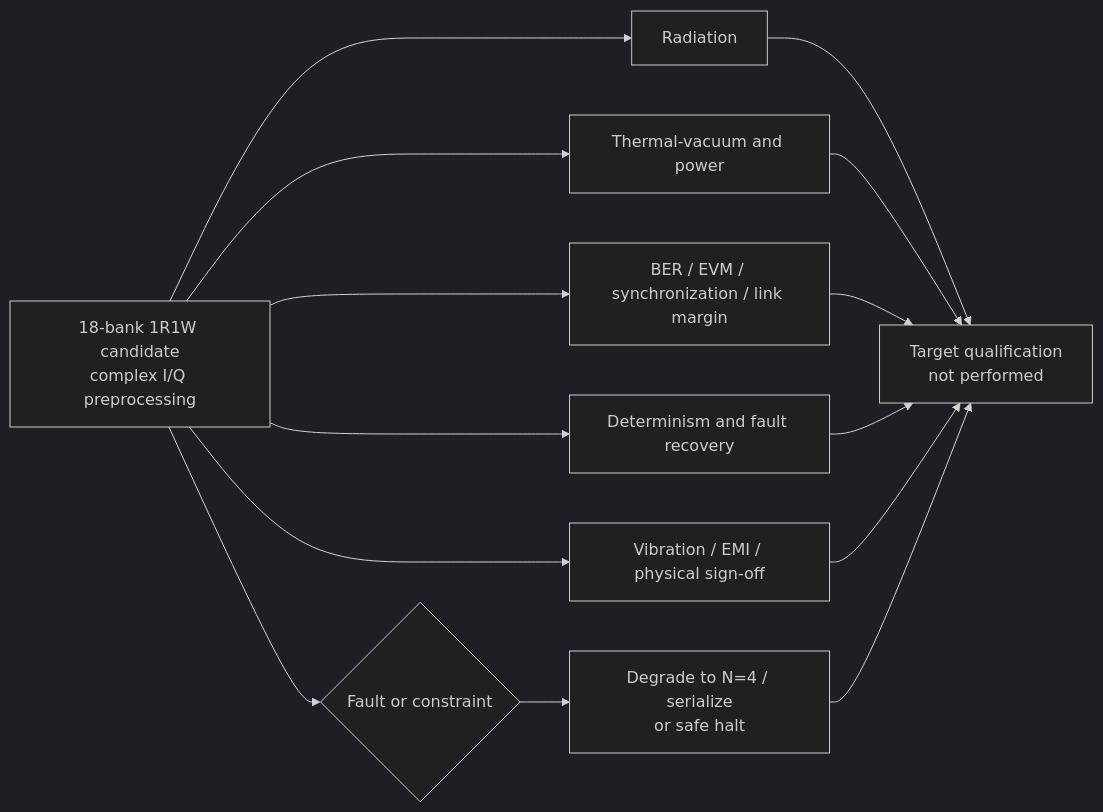
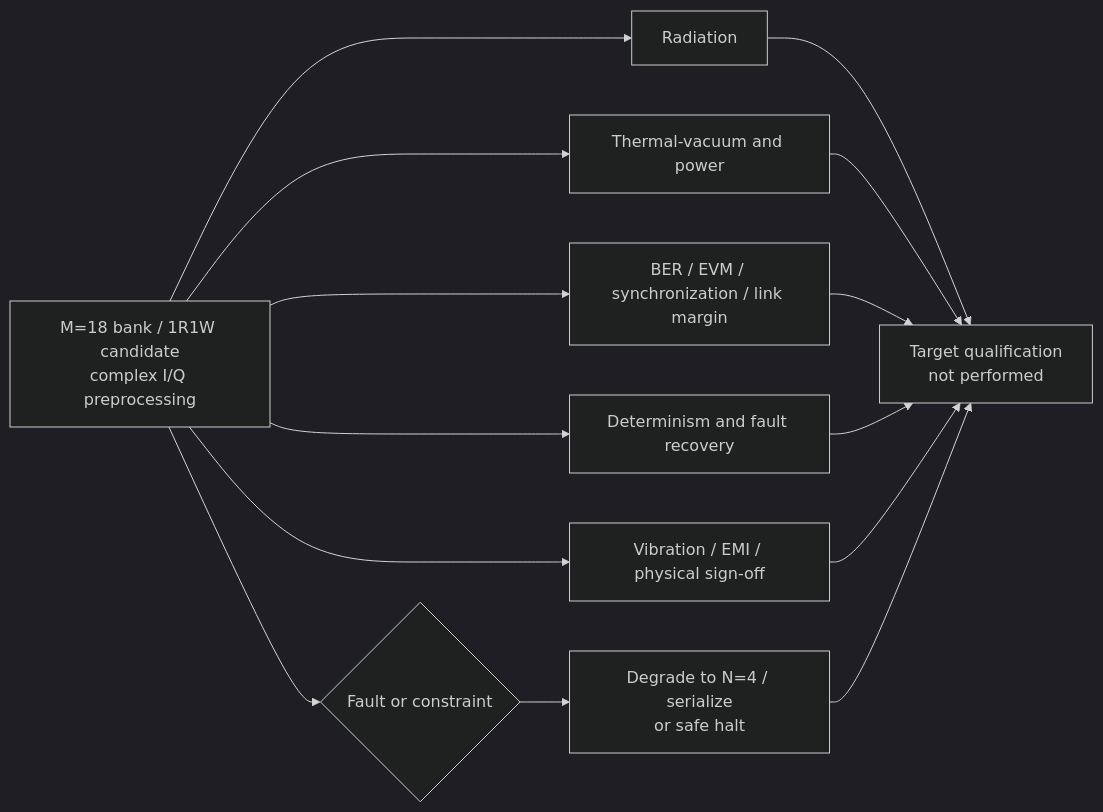
Before and after one commit to HN19781124/banked-stencil-multicast: the second of 2 diagrams in README.en.md, drawn with Mermaid (dark theme). The commit also changed other lines of this file and 36 other files, not shown here.

```diff
--- a/README.en.md
+++ b/README.en.md
@@ -76,16 +76,16 @@
 ~~~mermaid
 flowchart LR
-    C[18-bank 1R1W candidate<br/>complex I/Q preprocessing] --> R[Radiation]
+    C[M=18 bank / 1R1W candidate<br/>complex I/Q preprocessing] --> R[Radiation]
     C --> T[Thermal-vacuum and power]
     C --> L[BER / EVM / synchronization / link margin]
     C --> D[Determinism and fault recovery]
     C --> P[Vibration / EMI / physical sign-off]
     C --> F{Fault or constraint}
     F --> B[Degrade to N=4 / serialize<br/>or safe halt]
     R --> Q[Target qualification<br/>not performed]
     T --> Q
     L --> Q
     D --> Q
     P --> Q
     B --> Q
 ~~~
```
